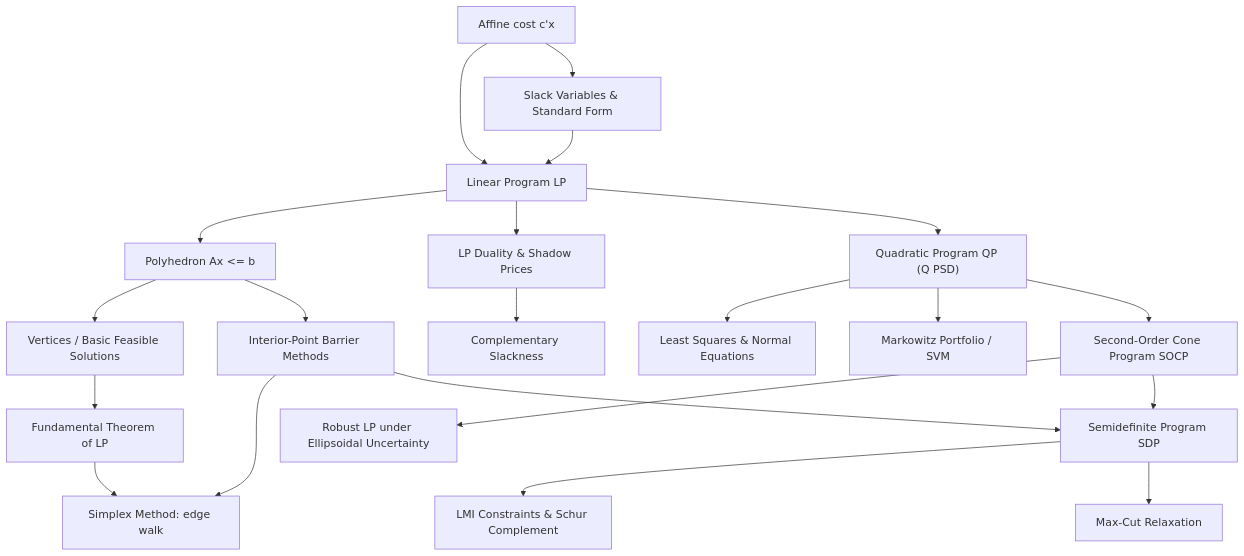
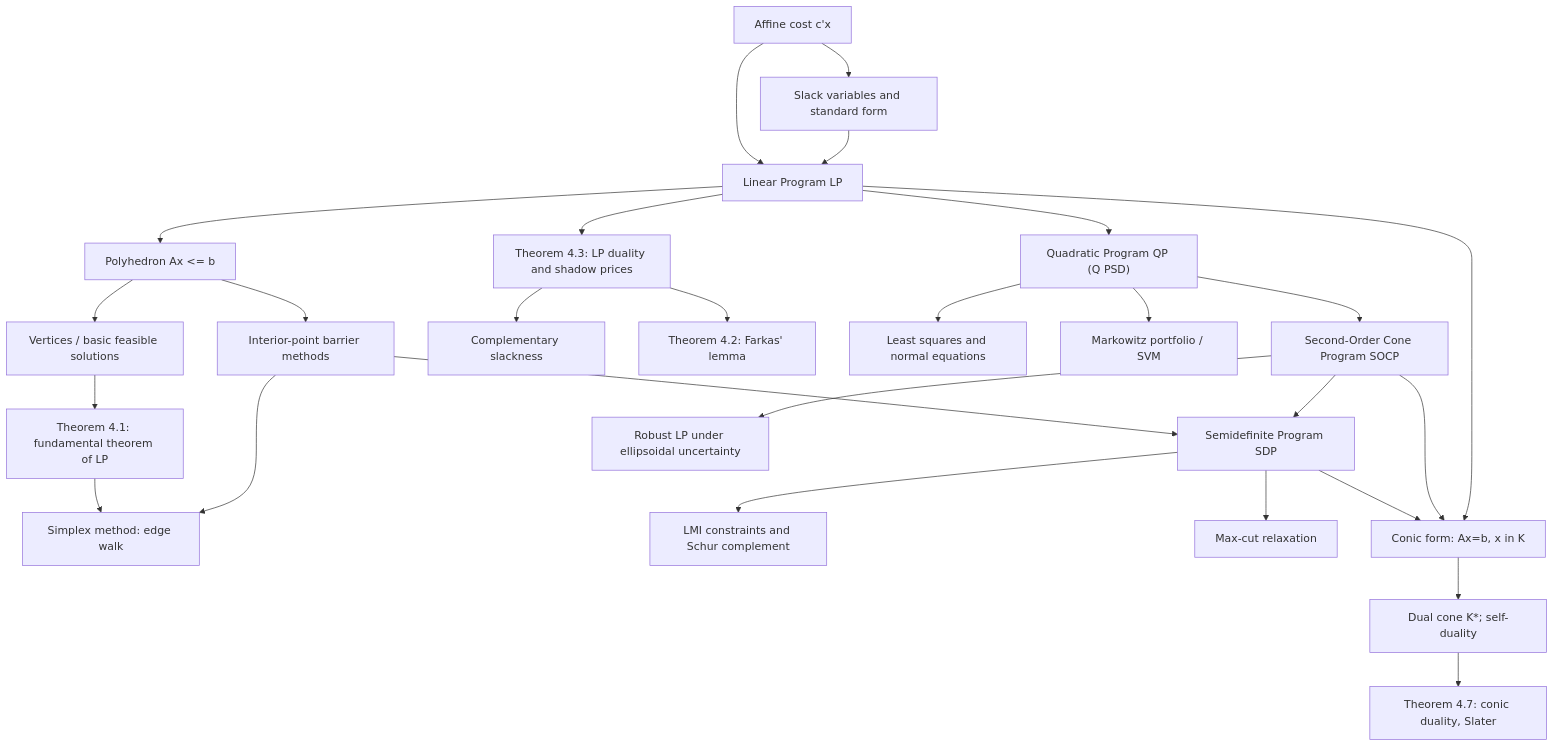
One commit to hien078/applied-mathematics-foundation changed the diagram in optimization/07_linear_quadratic_conic_programs/README.md. Above: the diagram before and after it, drawn with Mermaid. The commit also changed other lines of this file and 150 other files, not shown here.

````diff
--- a/optimization/07_linear_quadratic_conic_programs/README.md
+++ b/optimization/07_linear_quadratic_conic_programs/README.md
@@ -28,23 +38,29 @@
 ```mermaid
 graph TD
     A["Affine cost c'x"] --> B["Linear Program LP"]
-    A --> R["Slack Variables & Standard Form"]
+    A --> R["Slack variables and standard form"]
     R --> B
     B --> C["Polyhedron Ax <= b"]
-    C --> D["Vertices / Basic Feasible Solutions"]
-    D --> E["Fundamental Theorem of LP"]
-    E --> F["Simplex Method: edge walk"]
-    B --> G["LP Duality & Shadow Prices"]
-    G --> H["Complementary Slackness"]
+    C --> D["Vertices / basic feasible solutions"]
+    D --> E["Theorem 4.1: fundamental theorem of LP"]
+    E --> F["Simplex method: edge walk"]
+    B --> G["Theorem 4.3: LP duality and shadow prices"]
+    G --> H["Complementary slackness"]
+    G --> V["Theorem 4.2: Farkas' lemma"]
     B --> I["Quadratic Program QP (Q PSD)"]
-    I --> J["Least Squares & Normal Equations"]
-    I --> K["Markowitz Portfolio / SVM"]
+    I --> J["Least squares and normal equations"]
+    I --> K["Markowitz portfolio / SVM"]
     I --> L["Second-Order Cone Program SOCP"]
-    L --> M["Robust LP under Ellipsoidal Uncertainty"]
+    L --> M["Robust LP under ellipsoidal uncertainty"]
     L --> N["Semidefinite Program SDP"]
-    N --> O["LMI Constraints & Schur Complement"]
-    N --> P["Max-Cut Relaxation"]
-    C --> Q["Interior-Point Barrier Methods"]
+    N --> O["LMI constraints and Schur complement"]
+    N --> P["Max-cut relaxation"]
+    B --> S["Conic form: Ax=b, x in K"]
+    L --> S
+    N --> S
+    S --> T["Dual cone K*; self-duality"]
+    T --> U["Theorem 4.7: conic duality, Slater"]
+    C --> Q["Interior-point barrier methods"]
     Q --> F
     Q --> N
 ```
````
